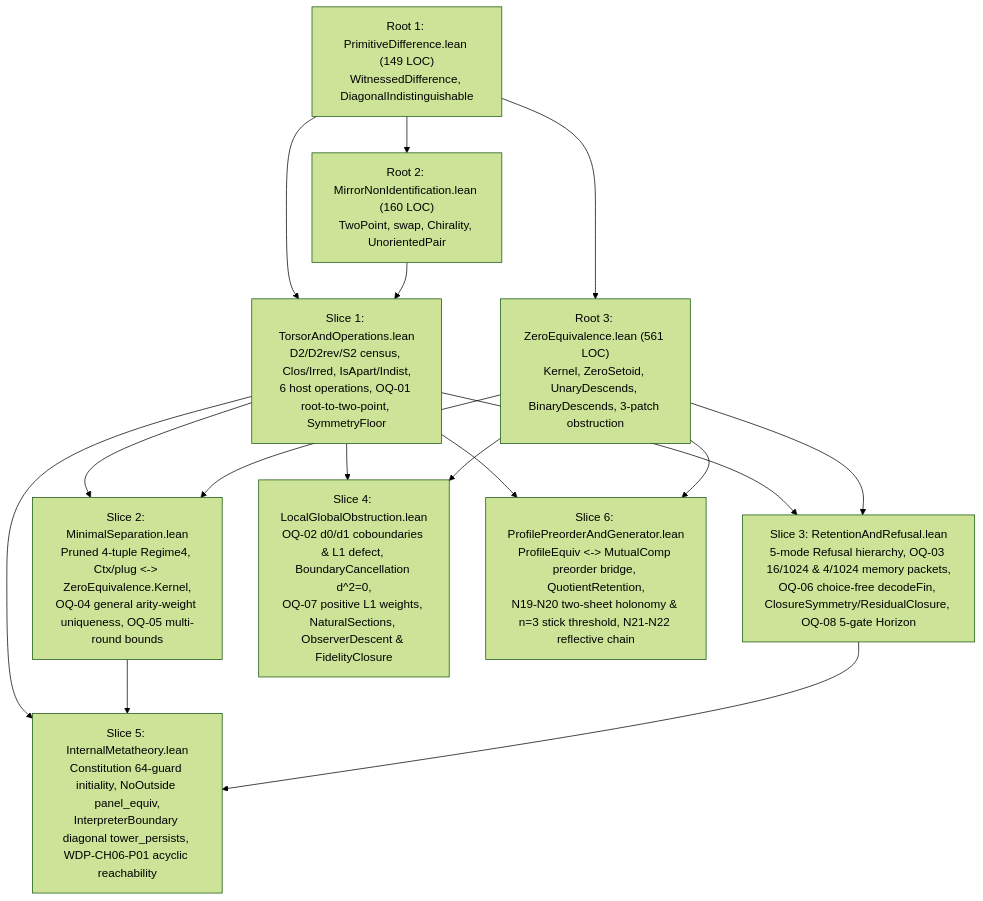
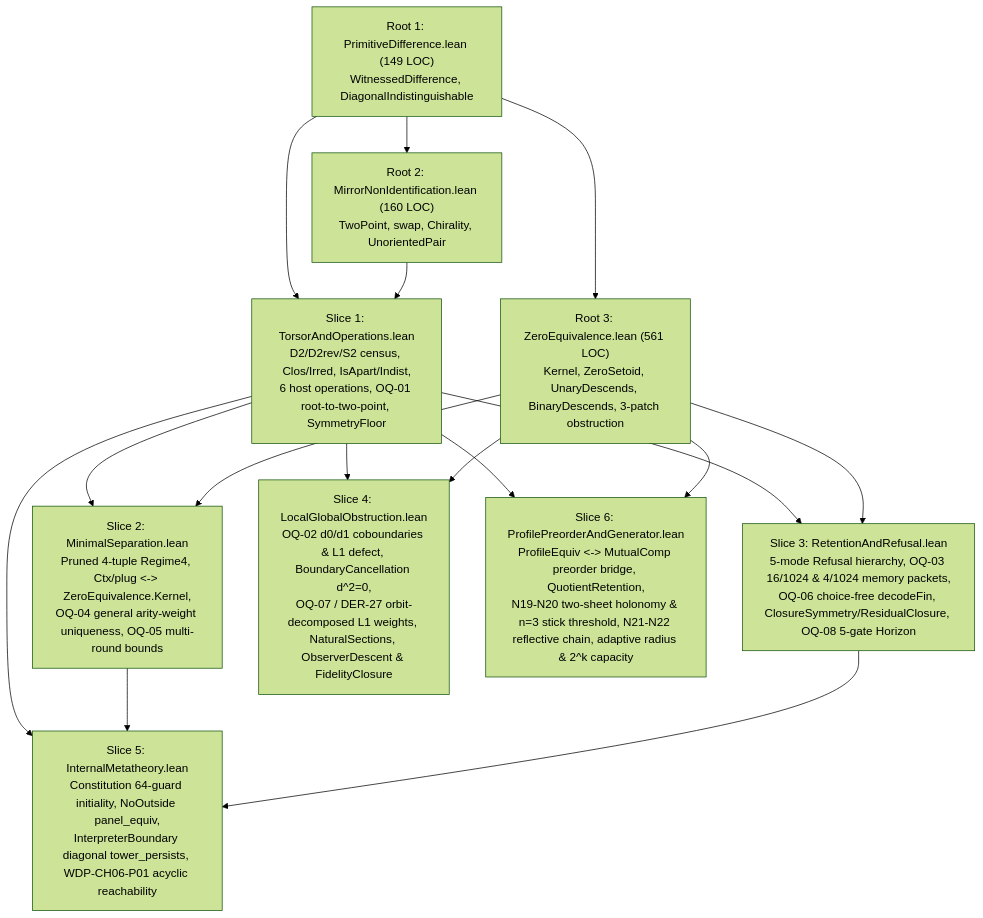
The diagram in audit/2026-11-05_minimal_chain/12_post_seal_adversary_and_roadmap.md (dbccpage/omega_codex), drawn with Mermaid (forest theme) before and after one commit. The commit also changed other lines of this file and 16 other files, not shown here.

````diff
--- a/audit/2026-11-05_minimal_chain/12_post_seal_adversary_and_roadmap.md
+++ b/audit/2026-11-05_minimal_chain/12_post_seal_adversary_and_roadmap.md
@@ -311,29 +312,29 @@
 ```mermaid
 flowchart TD
   PD["Root 1: PrimitiveDifference.lean (149 LOC)<br/>WitnessedDifference, DiagonalIndistinguishable"]
   MN["Root 2: MirrorNonIdentification.lean (160 LOC)<br/>TwoPoint, swap, Chirality, UnorientedPair"]
   ZE["Root 3: ZeroEquivalence.lean (561 LOC)<br/>Kernel, ZeroSetoid, UnaryDescends, BinaryDescends, 3-patch obstruction"]
 
   S1["Slice 1: TorsorAndOperations.lean<br/>D2/D2rev/S2 census, Clos/Irred, IsApart/Indist,<br/>6 host operations, OQ-01 root-to-two-point, SymmetryFloor"]
   S2["Slice 2: MinimalSeparation.lean<br/>Pruned 4-tuple Regime4, Ctx/plug <-> ZeroEquivalence.Kernel,<br/>OQ-04 general arity-weight uniqueness, OQ-05 multi-round bounds"]
   S3["Slice 3: RetentionAndRefusal.lean<br/>5-mode Refusal hierarchy, OQ-03 16/1024 & 4/1024 memory packets,<br/>OQ-06 choice-free decodeFin, ClosureSymmetry/ResidualClosure, OQ-08 5-gate Horizon"]
-  S4["Slice 4: LocalGlobalObstruction.lean<br/>OQ-02 d0/d1 coboundaries & L1 defect, BoundaryCancellation d^2=0,<br/>OQ-07 positive L1 weights, NaturalSections, ObserverDescent & FidelityClosure"]
+  S4["Slice 4: LocalGlobalObstruction.lean<br/>OQ-02 d0/d1 coboundaries & L1 defect, BoundaryCancellation d^2=0,<br/>OQ-07 / DER-27 orbit-decomposed L1 weights, NaturalSections, ObserverDescent & FidelityClosure"]
   S5["Slice 5: InternalMetatheory.lean<br/>Constitution 64-guard initiality, NoOutside panel_equiv,<br/>InterpreterBoundary diagonal tower_persists, WDP-CH06-P01 acyclic reachability"]
-  S6["Slice 6: ProfilePreorderAndGenerator.lean<br/>ProfileEquiv <-> MutualComp preorder bridge, QuotientRetention,<br/>N19-N20 two-sheet holonomy & n=3 stick threshold, N21-N22 reflective chain"]
+  S6["Slice 6: ProfilePreorderAndGenerator.lean<br/>ProfileEquiv <-> MutualComp preorder bridge, QuotientRetention,<br/>N19-N20 two-sheet holonomy & n=3 stick threshold, N21-N22 reflective chain, adaptive radius & 2^k capacity"]
 
   PD --> MN
   PD --> ZE
   PD --> S1
   MN --> S1
   S1 --> S2
   ZE --> S2
   S1 --> S3
   ZE --> S3
   S1 --> S4
   ZE --> S4
   S1 --> S5
   S2 --> S5
   S3 --> S5
   S1 --> S6
   ZE --> S6
 ```
````
